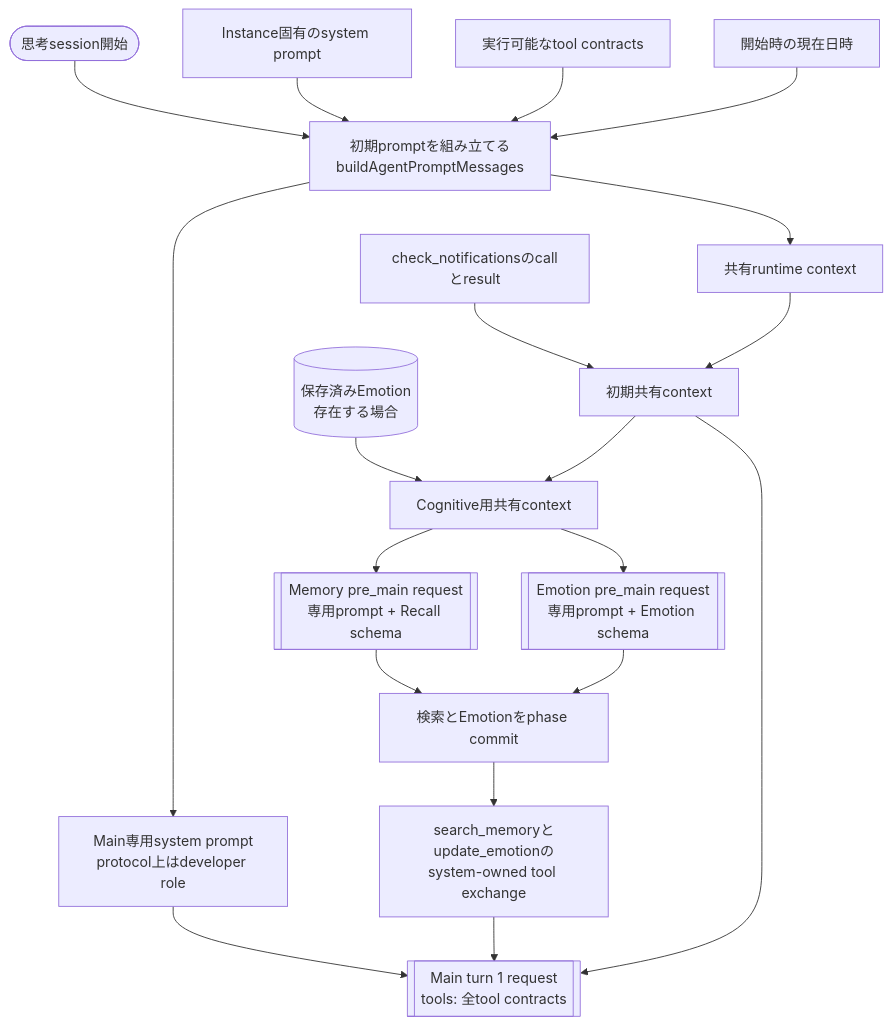
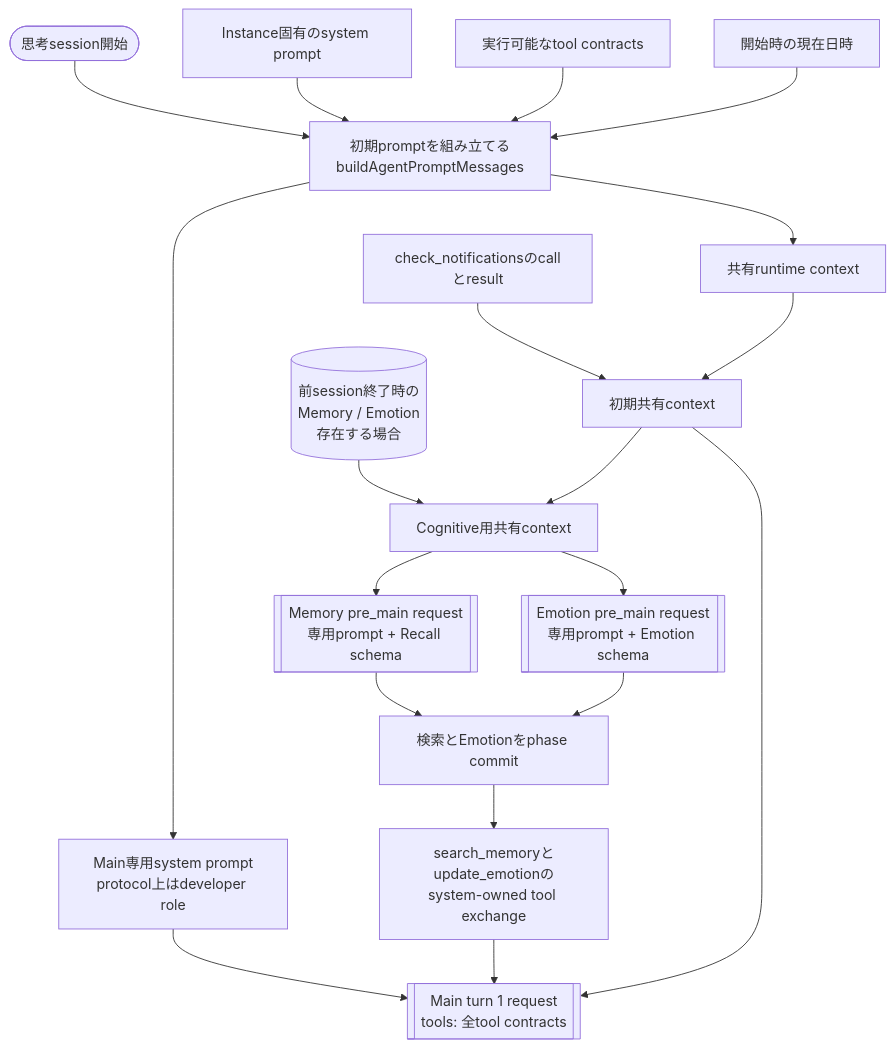
The fourth of 9 diagrams in docs/echo-processing-flows.md (yatabis/echo-chamber), drawn with Mermaid before and after one commit. The commit also changed other lines of this file and 21 other files, not shown here.

````diff
--- a/docs/echo-processing-flows.md
+++ b/docs/echo-processing-flows.md
@@ -122,26 +122,26 @@
 ```mermaid
 flowchart TD
   start([思考session開始]) --> builder[初期promptを組み立てる<br/>buildAgentPromptMessages]
   identity[Instance固有のsystem prompt] --> builder
   contracts[実行可能なtool contracts] --> builder
   clock[開始時の現在日時] --> builder
 
   builder --> mainPrompt[Main専用system prompt<br/>protocol上はdeveloper role]
   builder --> runtime[共有runtime context]
   runtime --> base[初期共有context]
   startup[check_notificationsのcallとresult] --> base
 
-  storedEmotion[(保存済みEmotion<br/>存在する場合)] --> cognitiveContext[Cognitive用共有context]
+  storedState[(前session終了時の<br/>Memory / Emotion<br/>存在する場合)] --> cognitiveContext[Cognitive用共有context]
   base --> cognitiveContext
 
   cognitiveContext --> memoryRequest[[Memory pre_main request<br/>専用prompt + Recall schema]]
   cognitiveContext --> emotionRequest[[Emotion pre_main request<br/>専用prompt + Emotion schema]]
 
   memoryRequest --> commit[検索とEmotionをphase commit]
   emotionRequest --> commit
   commit --> handoff[search_memoryとupdate_emotionの<br/>system-owned tool exchange]
 
   mainPrompt --> mainRequest[[Main turn 1 request<br/>tools: 全tool contracts]]
   base --> mainRequest
   handoff --> mainRequest
 ```
````
